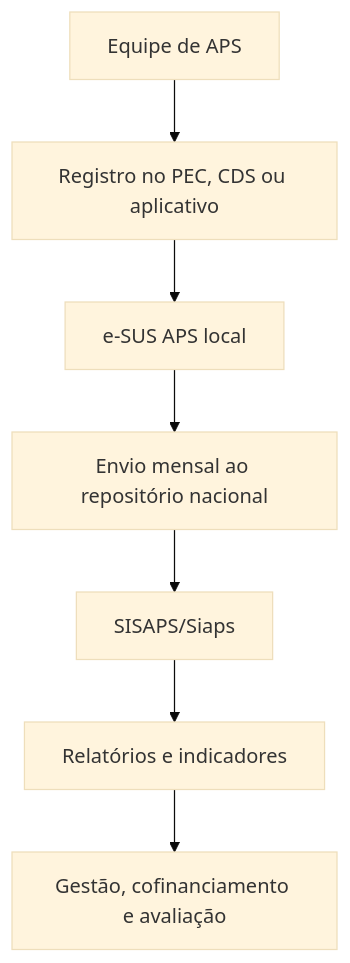
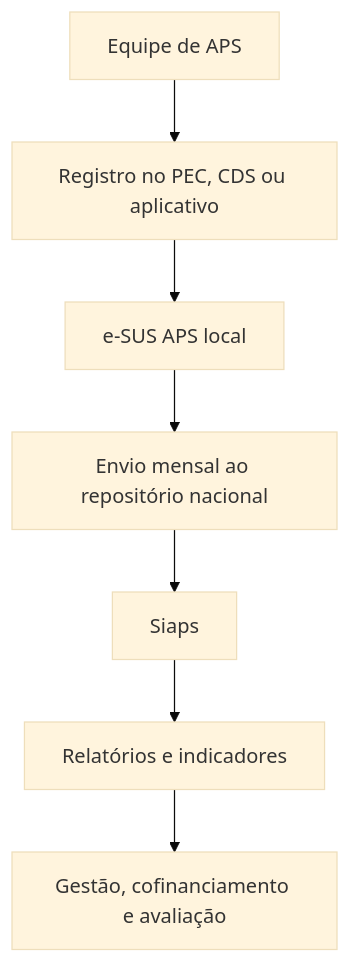
One commit to rfsaldanha/sis changed the diagram in sisaps.qmd. Above: the diagram before and after it, drawn with Mermaid (base theme). The commit also changed other lines of this file and 112 other files, not shown here.

````diff
--- a/sisaps.qmd
+++ b/sisaps.qmd
@@ -87,11 +87,11 @@
 ```{mermaid}
 %%| fig-cap: "Fluxo simplificado de informação da APS"
 %%| label: fig-sisaps-fluxo
 flowchart TD
   equipe[Equipe de APS] --> registro[Registro no PEC, CDS ou aplicativo]
   registro --> esus[e-SUS APS local]
   esus --> envio[Envio mensal ao repositório nacional]
-  envio --> sisaps[SISAPS/Siaps]
+  envio --> sisaps[Siaps]
   sisaps --> rel[Relatórios e indicadores]
   rel --> gest[Gestão, cofinanciamento e avaliação]
 ```
````
